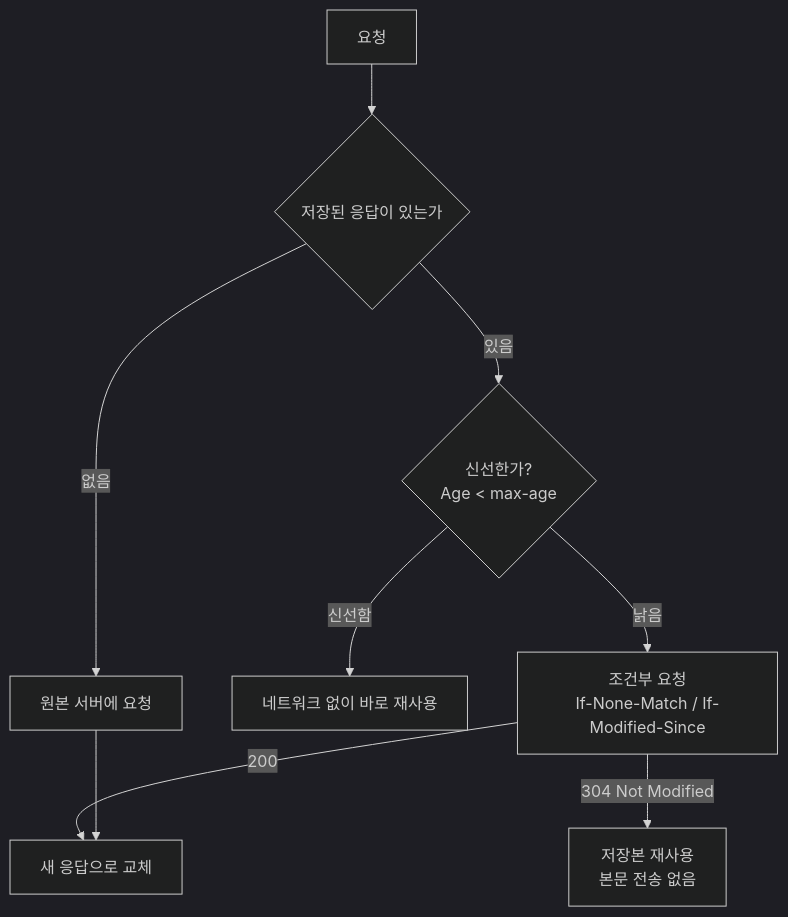
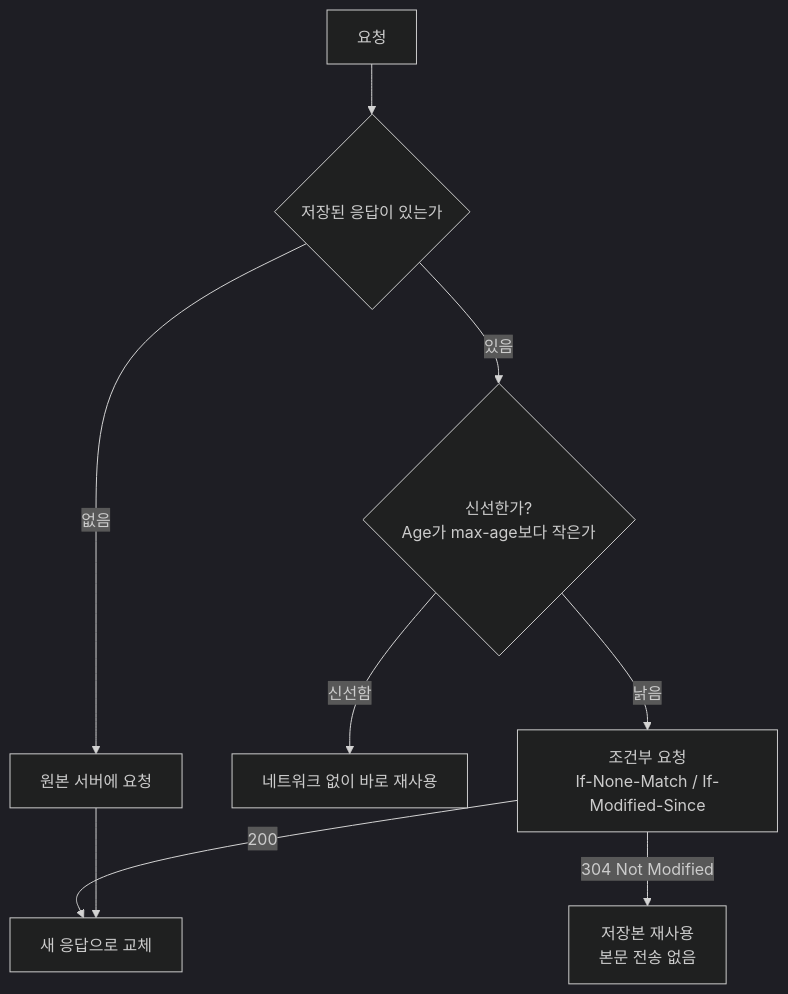
One commit to mentalage46/pocket-tips changed the diagram in docs/Network/http-caching.md. Above: the diagram before and after it, drawn with Mermaid (dark theme). The commit also changed 8 other files, not shown here.

````diff
--- a/docs/Network/http-caching.md
+++ b/docs/Network/http-caching.md
@@ -13,11 +13,11 @@
 ```mermaid
 flowchart TD
-    A[요청] --> B{저장된 응답이 있는가}
-    B -- 없음 --> F[원본 서버에 요청]
-    B -- 있음 --> C{신선한가?<br/>Age < max-age}
-    C -- 신선함 --> D[네트워크 없이 바로 재사용]
-    C -- 낡음 --> E[조건부 요청<br/>If-None-Match / If-Modified-Since]
-    E -- 304 Not Modified --> G[저장본 재사용<br/>본문 전송 없음]
-    E -- 200 --> H[새 응답으로 교체]
+    A["요청"] --> B{"저장된 응답이 있는가"}
+    B -->|"없음"| F["원본 서버에 요청"]
+    B -->|"있음"| C{"신선한가?<br/>Age가 max-age보다 작은가"}
+    C -->|"신선함"| D["네트워크 없이 바로 재사용"]
+    C -->|"낡음"| E["조건부 요청<br/>If-None-Match / If-Modified-Since"]
+    E -->|"304 Not Modified"| G["저장본 재사용<br/>본문 전송 없음"]
+    E -->|"200"| H["새 응답으로 교체"]
     F --> H
 ```
````
